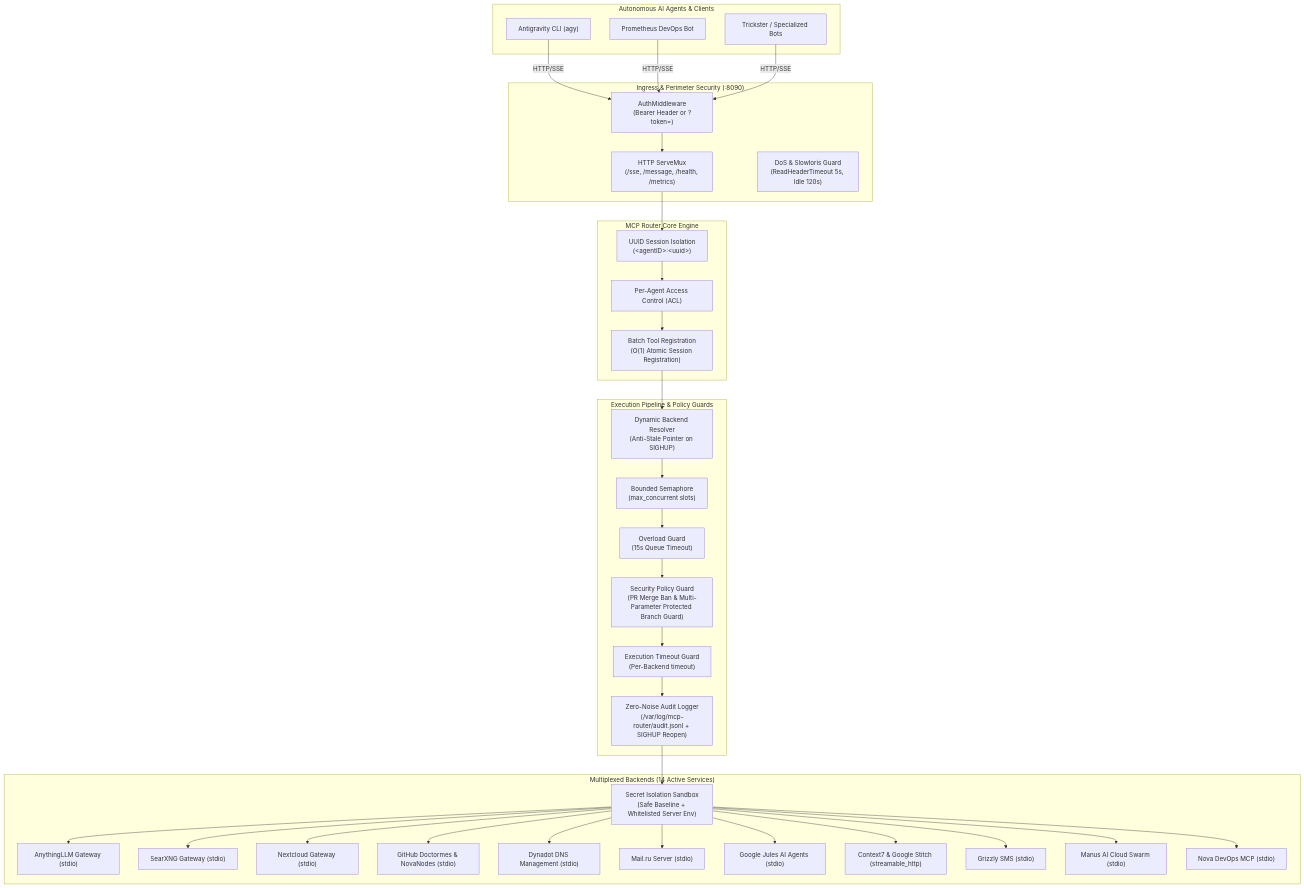
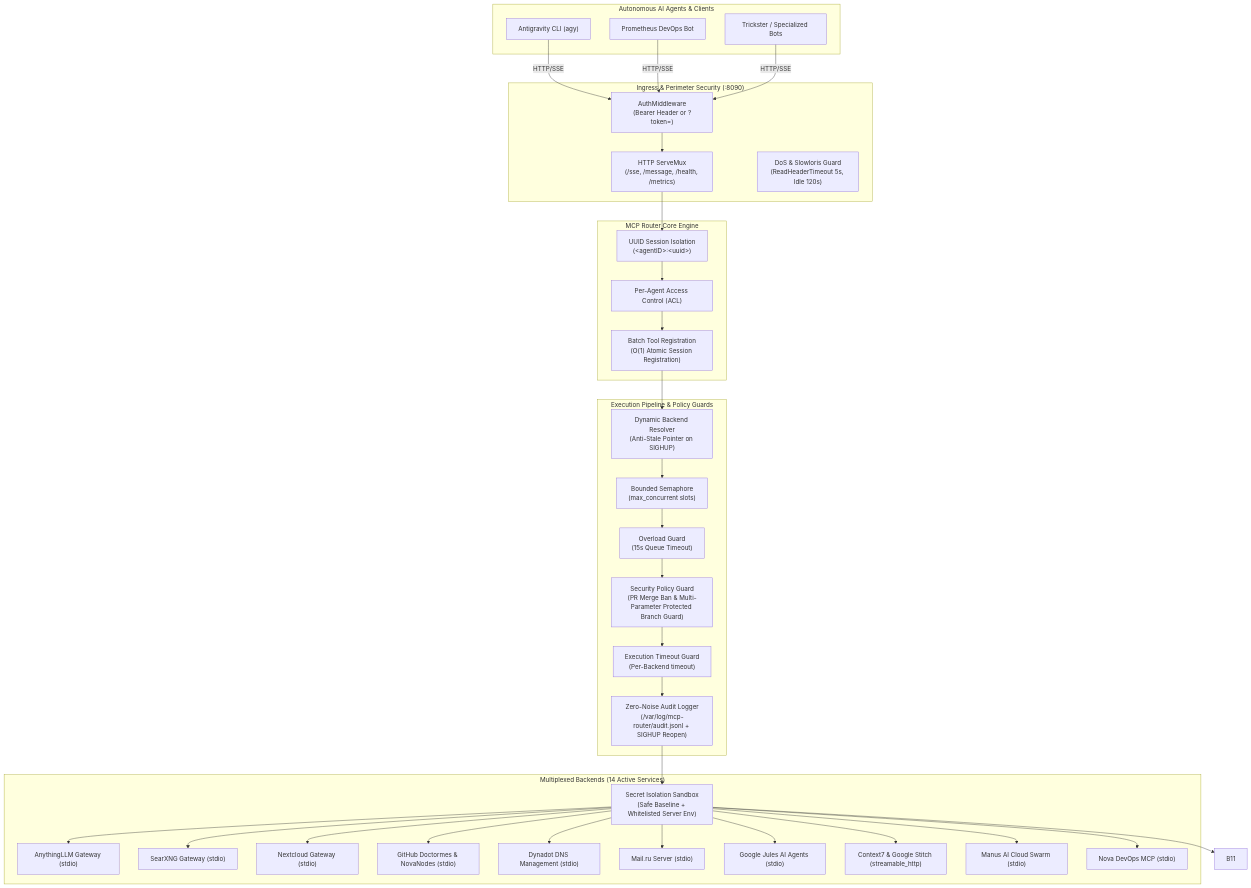
The diagram in README.md (TheNovaNodes/mcp-router), drawn with Mermaid before and after one commit. The commit also changed other lines of this file and 3 other files, not shown here.

Commit message:
feat(acl): decommission grizzly-sms MCP backend and update office topology

````diff
--- a/README.md
+++ b/README.md
@@ -19,58 +19,57 @@
 ```mermaid
 graph TD
     subgraph Clients["Autonomous AI Agents & Clients"]
         A1["Antigravity CLI (agy)"]
         A2["Prometheus DevOps Bot"]
         A3["Trickster / Specialized Bots"]
     end
 
     subgraph Ingress["Ingress & Perimeter Security (:8090)"]
         AUTH["AuthMiddleware<br/>(Bearer Header or ?token=)"]
         ROUTE["HTTP ServeMux<br/>(/sse, /message, /health, /metrics)"]
         RATE["DoS & Slowloris Guard<br/>(ReadHeaderTimeout 5s, Idle 120s)"]
     end
 
     subgraph CoreRouter["MCP Router Core Engine"]
         UUID["UUID Session Isolation<br/>(&lt;agentID&gt;:&lt;uuid&gt;)"]
         ACL["Per-Agent Access Control (ACL)"]
         BATCH_REG["Batch Tool Registration<br/>(O(1) Atomic Session Registration)"]
     end
 
     subgraph Pipeline["Execution Pipeline & Policy Guards"]
         DYN_LOOKUP["Dynamic Backend Resolver<br/>(Anti-Stale Pointer on SIGHUP)"]
         SEM["Bounded Semaphore<br/>(max_concurrent slots)"]
         OVERLOAD["Overload Guard<br/>(15s Queue Timeout)"]
         SEC_GUARD["Security Policy Guard<br/>(PR Merge Ban & Multi-Parameter Protected Branch Guard)"]
         TIMEOUT["Execution Timeout Guard<br/>(Per-Backend timeout)"]
         AUDIT["Zero-Noise Audit Logger<br/>(/var/log/mcp-router/audit.jsonl + SIGHUP Reopen)"]
     end
 
     subgraph Backends["Multiplexed Backends (14 Active Services)"]
         ENV_GUARD["Secret Isolation Sandbox<br/>(Safe Baseline + Whitelisted Server Env)"]
         B1["AnythingLLM Gateway (stdio)"]
         B2["SearXNG Gateway (stdio)"]
         B3["Nextcloud Gateway (stdio)"]
         B4["GitHub Doctormes & NovaNodes (stdio)"]
         B5["Dynadot DNS Management (stdio)"]
         B6["Mail.ru Server (stdio)"]
         B7["Google Jules AI Agents (stdio)"]
         B8["Context7 & Google Stitch (streamable_http)"]
-        B9["Grizzly SMS (stdio)"]
-        B10["Manus AI Cloud Swarm (stdio)"]
-        B11["Nova DevOps MCP (stdio)"]
+        B9["Manus AI Cloud Swarm (stdio)"]
+        B10["Nova DevOps MCP (stdio)"]
     end
 
     A1 & A2 & A3 -->|HTTP/SSE| AUTH
     AUTH --> ROUTE
     ROUTE --> UUID
     UUID --> ACL
     ACL --> BATCH_REG
     BATCH_REG --> DYN_LOOKUP
     DYN_LOOKUP --> SEM
     SEM --> OVERLOAD
     OVERLOAD --> SEC_GUARD
     SEC_GUARD --> TIMEOUT
     TIMEOUT --> AUDIT
     AUDIT --> ENV_GUARD
     ENV_GUARD --> B1 & B2 & B3 & B4 & B5 & B6 & B7 & B8 & B9 & B10 & B11
 ```
````
